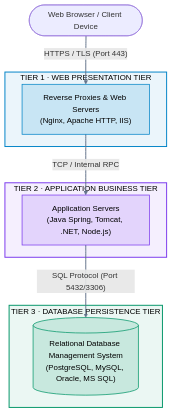
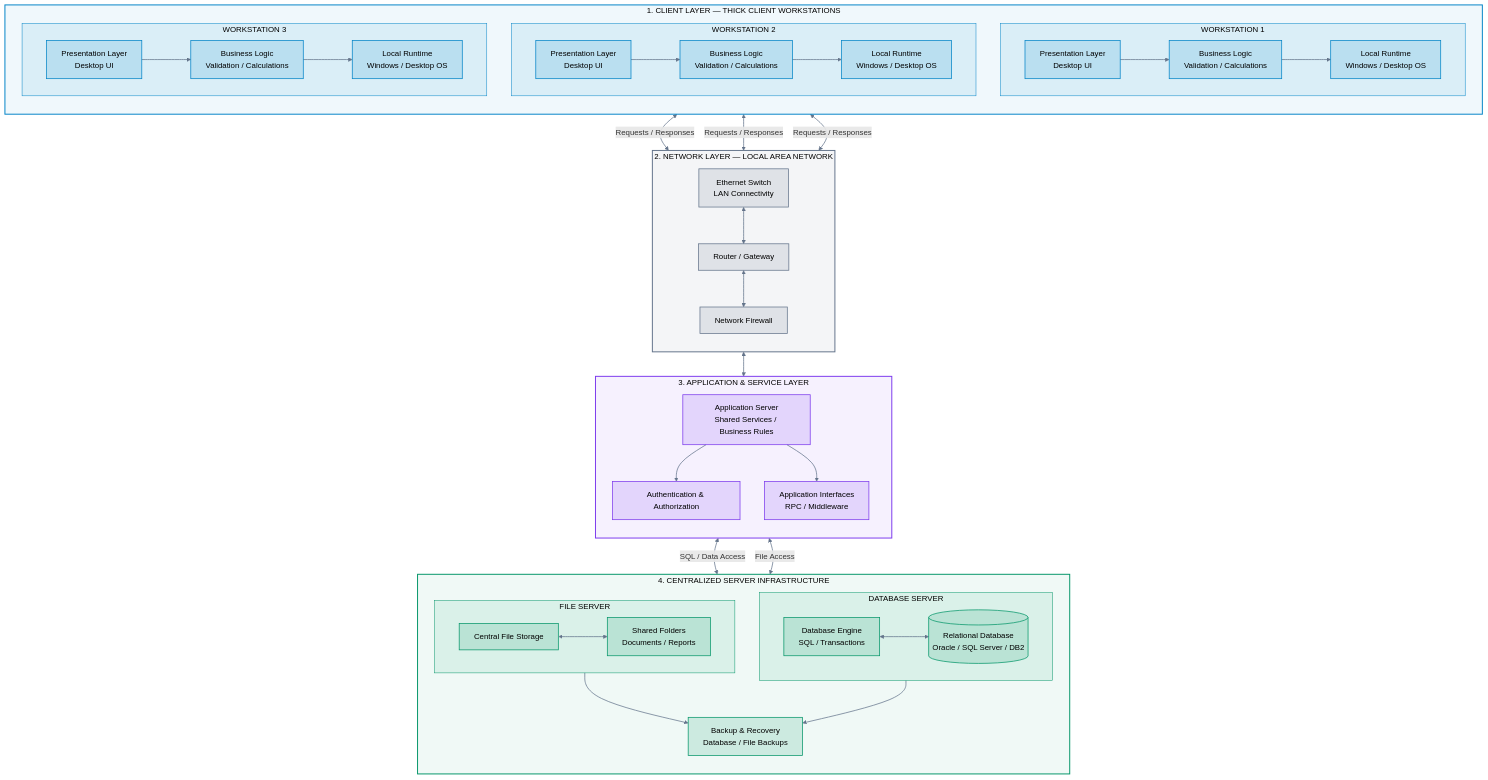
Before and after one commit to vikram-interloid/cloud-engineering: the third of 9 diagrams in 00-Foundations/01-cloud-computing/02_Evolution_of_Computing_OnPrem_to_Cloud.md, drawn with Mermaid. The commit also changed other lines of this file and 18 other files, not shown here.

````diff
--- a/00-Foundations/01-cloud-computing/02_Evolution_of_Computing_OnPrem_to_Cloud.md
+++ b/00-Foundations/01-cloud-computing/02_Evolution_of_Computing_OnPrem_to_Cloud.md
@@ -93,36 +94,141 @@
 ```mermaid
+
 flowchart TB
-    BROWSER(["Web Browser / Client Device"])
 
-    subgraph TIER1["TIER 1 · WEB PRESENTATION TIER"]
-        WEB["Reverse Proxies & Web Servers<br/>(Nginx, Apache HTTP, IIS)"]
+    %% ==========================================
+    %% CLIENT WORKSTATIONS
+    %% ==========================================
+
+    subgraph CLIENTS["1. CLIENT LAYER — THICK CLIENT WORKSTATIONS"]
+        direction TB
+
+        subgraph CLIENT_PC1["WORKSTATION 1"]
+            direction LR
+            C1_UI["Presentation Layer<br/>Desktop UI"]
+            C1_LOGIC["Business Logic<br/>Validation / Calculations"]
+            C1_LOCAL["Local Runtime<br/>Windows / Desktop OS"]
+
+            C1_UI --> C1_LOGIC
+            C1_LOGIC --> C1_LOCAL
+        end
+
+        subgraph CLIENT_PC2["WORKSTATION 2"]
+            direction LR
+            C2_UI["Presentation Layer<br/>Desktop UI"]
+            C2_LOGIC["Business Logic<br/>Validation / Calculations"]
+            C2_LOCAL["Local Runtime<br/>Windows / Desktop OS"]
+
+            C2_UI --> C2_LOGIC
+            C2_LOGIC --> C2_LOCAL
+        end
+
+        subgraph CLIENT_PC3["WORKSTATION 3"]
+            direction LR
+            C3_UI["Presentation Layer<br/>Desktop UI"]
+            C3_LOGIC["Business Logic<br/>Validation / Calculations"]
+            C3_LOCAL["Local Runtime<br/>Windows / Desktop OS"]
+
+            C3_UI --> C3_LOGIC
+            C3_LOGIC --> C3_LOCAL
+        end
     end
 
-    subgraph TIER2["TIER 2 · APPLICATION BUSINESS TIER"]
-        APP["Application Servers<br/>(Java Spring, Tomcat, .NET, Node.js)"]
+    %% ==========================================
+    %% NETWORK LAYER
+    %% ==========================================
+
+    subgraph NETWORK["2. NETWORK LAYER — LOCAL AREA NETWORK"]
+        direction TB
+
+        SW["Ethernet Switch<br/>LAN Connectivity"]
+        ROUTER["Router / Gateway"]
+        FIREWALL["Network Firewall"]
+
+        SW <--> ROUTER
+        ROUTER <--> FIREWALL
     end
 
-    subgraph TIER3["TIER 3 · DATABASE PERSISTENCE TIER"]
-        DB[("Relational Database Management System<br/>(PostgreSQL, MySQL, Oracle, MS SQL)")]
+    %% ==========================================
+    %% APPLICATION SERVER
+    %% ==========================================
+
+    subgraph APP_SERVER["3. APPLICATION & SERVICE LAYER"]
+        direction TB
+
+        APP["Application Server<br/>Shared Services / Business Rules"]
+        AUTH["Authentication & Authorization"]
+        API["Application Interfaces<br/>RPC / Middleware"]
+
+        APP --> AUTH
+        APP --> API
     end
 
-    BROWSER -->|"HTTPS / TLS (Port 443)"| WEB
-    WEB -->|"TCP / Internal RPC"| APP
-    APP -->|"SQL Protocol (Port 5432/3306)"| DB
+    %% ==========================================
+    %% DATA LAYER
+    %% ==========================================
 
-    %% Translucent Theme Styling
-    style TIER1 fill:#0284c7,fill-opacity:0.08,stroke:#0284c7,stroke-width:2px,color:inherit
-    style TIER2 fill:#7c3aed,fill-opacity:0.08,stroke:#7c3aed,stroke-width:2px,color:inherit
-    style TIER3 fill:#059669,fill-opacity:0.08,stroke:#059669,stroke-width:2px,color:inherit
+    subgraph SERVERS["4. CENTRALIZED SERVER INFRASTRUCTURE"]
+        direction TB
 
-    classDef wNode fill:#0284c7,fill-opacity:0.15,stroke:#0284c7,stroke-width:1.5px,color:inherit
-    class WEB wNode
+        subgraph DB_SERVER["DATABASE SERVER"]
+            direction LR
+            DB[("Relational Database<br/>Oracle / SQL Server / DB2")]
+            DB_ENGINE["Database Engine<br/>SQL / Transactions"]
+            DB_ENGINE <--> DB
+        end
 
-    classDef aNode fill:#7c3aed,fill-opacity:0.15,stroke:#7c3aed,stroke-width:1.5px,color:inherit
-    class APP aNode
+        subgraph FILE_SERVER["FILE SERVER"]
+            direction LR
+            FILE["Central File Storage"]
+            SHARED["Shared Folders<br/>Documents / Reports"]
+            FILE <--> SHARED
+        end
 
-    classDef dNode fill:#059669,fill-opacity:0.15,stroke:#059669,stroke-width:1.5px,color:inherit
-    class DB dNode
+        BACKUP["Backup & Recovery<br/>Database / File Backups"]
+    end
 
-    linkStyle default stroke:#64748b,stroke-width:2px
+    %% ==========================================
+    %% CLIENT TO NETWORK
+    %% ==========================================
+
+    C1_LOGIC <-->|"Requests / Responses"| SW
+    C2_LOGIC <-->|"Requests / Responses"| SW
+    C3_LOGIC <-->|"Requests / Responses"| SW
+
+    %% NETWORK TO SERVICES
+    FIREWALL <--> APP
+
+    %% APPLICATION TO DATA
+    API <-->|"SQL / Data Access"| DB_ENGINE
+    API <-->|"File Access"| FILE
+
+    DB --> BACKUP
+    FILE --> BACKUP
+
+    %% ==========================================
+    %% STYLING
+    %% ==========================================
+
+    style CLIENTS fill:#0284c7,fill-opacity:0.06,stroke:#0284c7,stroke-width:2px,color:inherit
+    style NETWORK fill:#64748b,fill-opacity:0.07,stroke:#64748b,stroke-width:2px,color:inherit
+    style APP_SERVER fill:#7c3aed,fill-opacity:0.07,stroke:#7c3aed,stroke-width:2px,color:inherit
+    style SERVERS fill:#059669,fill-opacity:0.06,stroke:#059669,stroke-width:2px,color:inherit
+
+    style CLIENT_PC1 fill:#0284c7,fill-opacity:0.09,stroke:#0284c7,color:inherit
+    style CLIENT_PC2 fill:#0284c7,fill-opacity:0.09,stroke:#0284c7,color:inherit
+    style CLIENT_PC3 fill:#0284c7,fill-opacity:0.09,stroke:#0284c7,color:inherit
+    style DB_SERVER fill:#059669,fill-opacity:0.09,stroke:#059669,color:inherit
+    style FILE_SERVER fill:#059669,fill-opacity:0.09,stroke:#059669,color:inherit
+
+    classDef clientNode fill:#0284c7,fill-opacity:0.15,stroke:#0284c7,stroke-width:1.5px,color:inherit
+    classDef networkNode fill:#64748b,fill-opacity:0.15,stroke:#64748b,stroke-width:1.5px,color:inherit
+    classDef appNode fill:#7c3aed,fill-opacity:0.15,stroke:#7c3aed,stroke-width:1.5px,color:inherit
+    classDef serverNode fill:#059669,fill-opacity:0.15,stroke:#059669,stroke-width:1.5px,color:inherit
+
+    class C1_UI,C1_LOGIC,C1_LOCAL,C2_UI,C2_LOGIC,C2_LOCAL,C3_UI,C3_LOGIC,C3_LOCAL clientNode
+    class SW,ROUTER,FIREWALL networkNode
+    class APP,AUTH,API appNode
+    class DB,DB_ENGINE,FILE,SHARED,BACKUP serverNode
+
+    linkStyle default stroke:#64748b,stroke-width:1.5px
 ```
````
